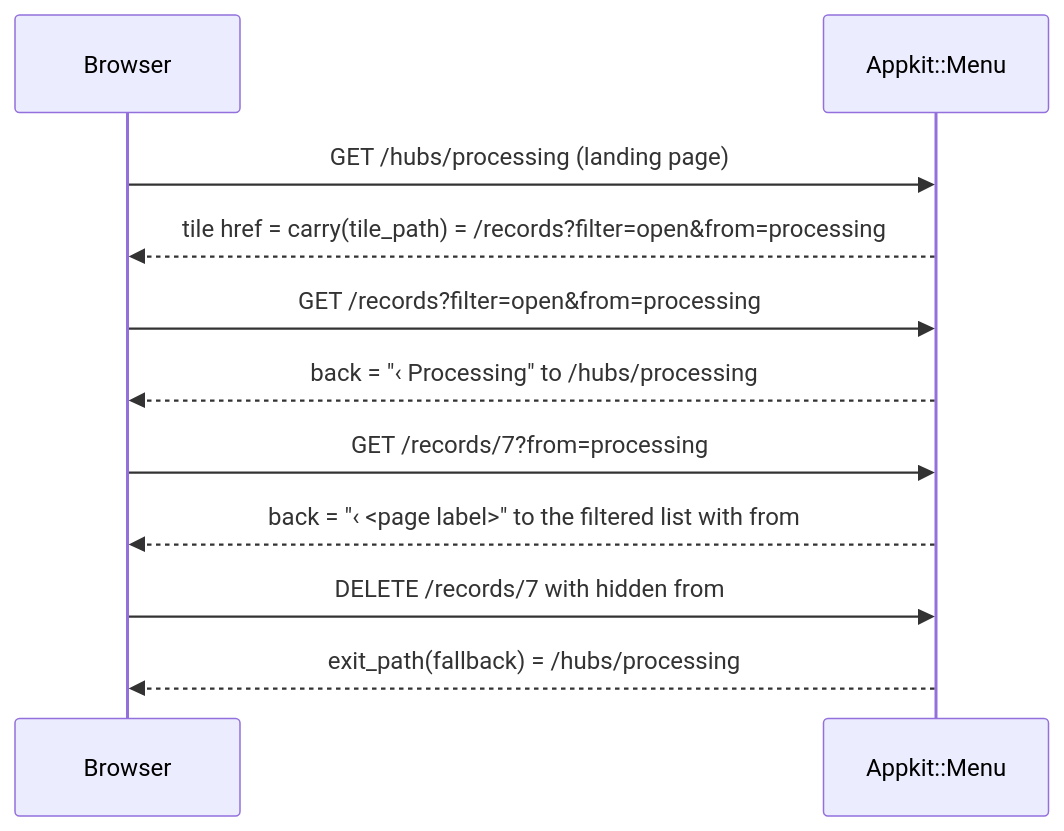
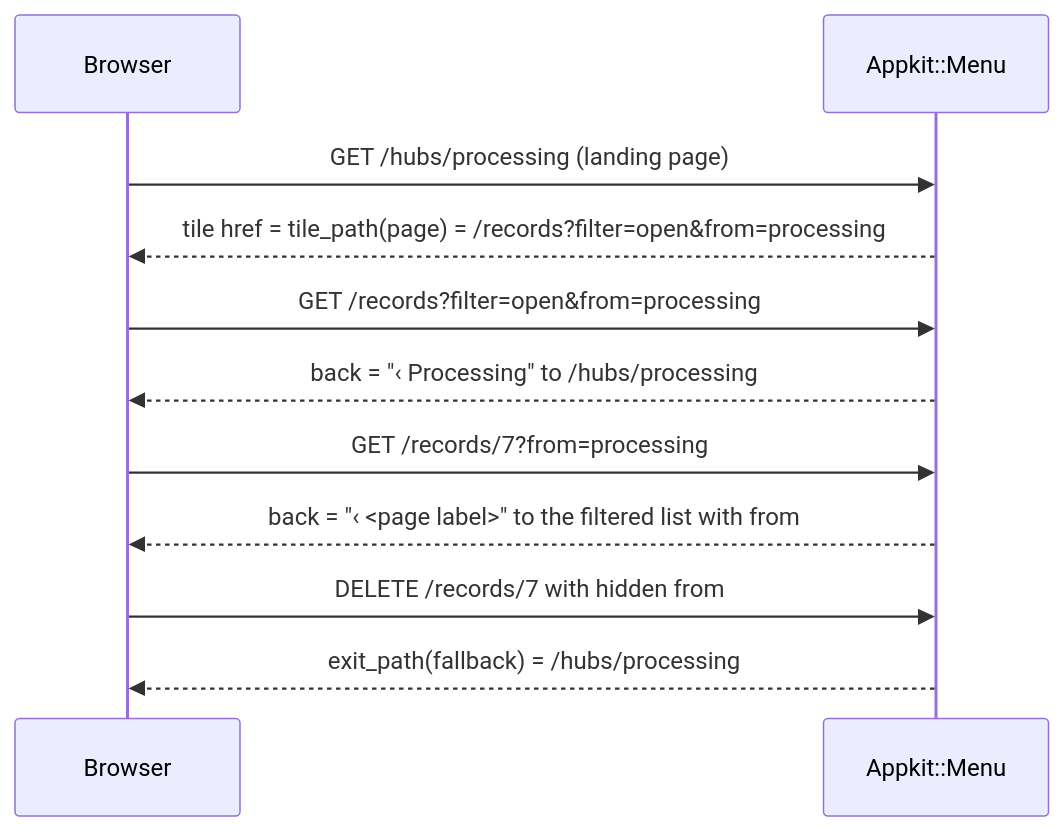
One commit to eirvandelden/appkit changed the second of 2 diagrams in docs/changes/navigation-hubs/plan.md. Above: the diagram before and after it, drawn with Mermaid. The commit also changed other lines of this file and 10 other files, not shown here.

First line of the commit message:
Start the origin flow at a tile with Menu#tile_path

````diff
--- a/docs/changes/navigation-hubs/plan.md
+++ b/docs/changes/navigation-hubs/plan.md
@@ -62,13 +63,13 @@
 ```mermaid
 sequenceDiagram
   participant U as Browser
   participant M as Appkit::Menu
   U ->> M : GET /hubs/processing (landing page)
-  M -->> U : tile href = carry(tile_path) = /records?filter=open&from=processing
+  M -->> U : tile href = tile_path(page) = /records?filter=open&from=processing
   U ->> M : GET /records?filter=open&from=processing
   M -->> U : back = "‹ Processing" to /hubs/processing
   U ->> M : GET /records/7?from=processing
   M -->> U : back = "‹ <page label>" to the filtered list with from
   U ->> M : DELETE /records/7 with hidden from
   M -->> U : exit_path(fallback) = /hubs/processing
 ```
````
